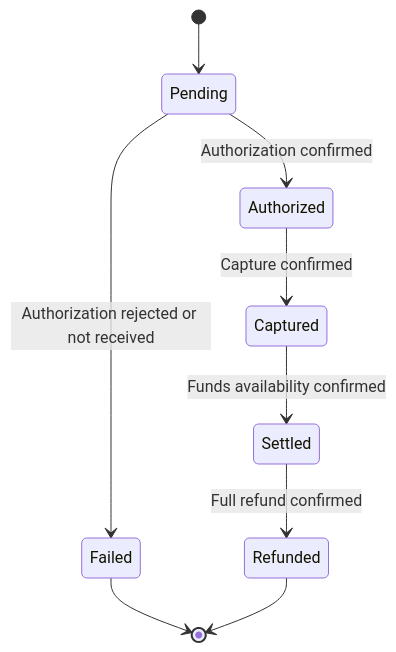
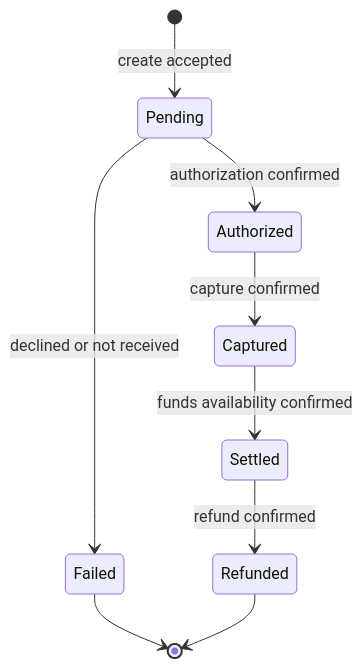
Before and after one commit to intimanjunath/Merchant-payment-processing-platform: the third of 6 diagrams in design_doc.md, drawn with Mermaid. The commit also changed other lines of this file and 1 other file, not shown here.

````diff
--- a/design_doc.md
+++ b/design_doc.md
@@ -121,11 +169,11 @@
 ```mermaid
 stateDiagram-v2
-    [*] --> Pending
-    Pending --> Authorized: Authorization confirmed
-    Pending --> Failed: Authorization rejected or not received
-    Authorized --> Captured: Capture confirmed
-    Captured --> Settled: Funds availability confirmed
-    Settled --> Refunded: Full refund confirmed
+    [*] --> Pending: create accepted
+    Pending --> Authorized: authorization confirmed
+    Pending --> Failed: declined or not received
+    Authorized --> Captured: capture confirmed
+    Captured --> Settled: funds availability confirmed
+    Settled --> Refunded: refund confirmed
     Failed --> [*]
     Refunded --> [*]
 ```
````
